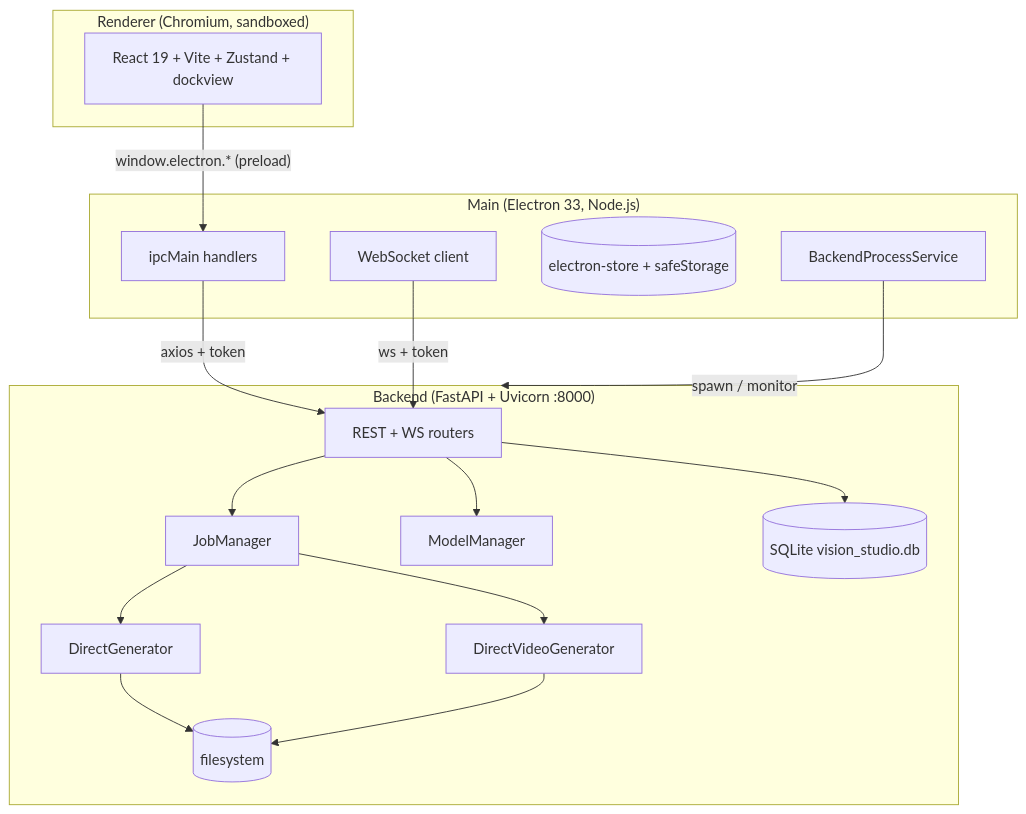
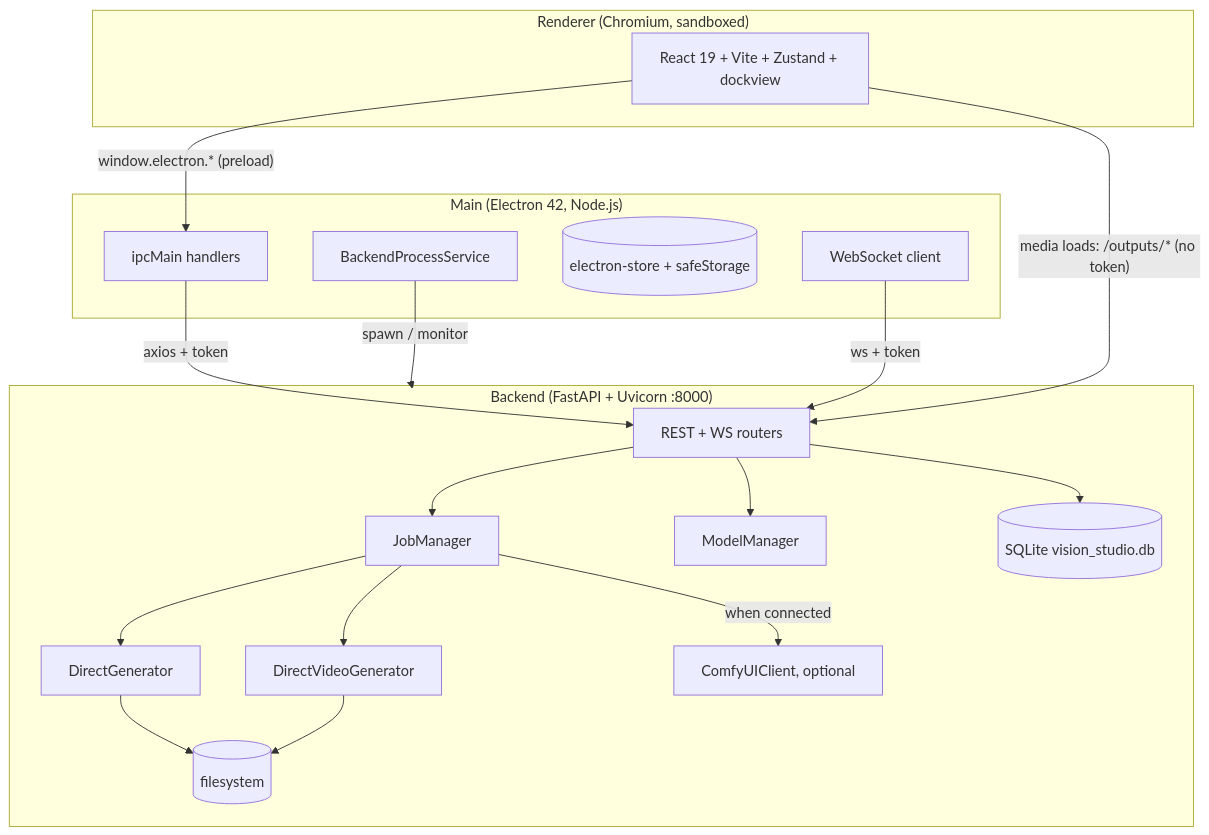
One commit to Git-Rocky-Stack/vision-studio changed the first of 11 diagrams in docs/diagrams/diagrams.md. Above: the diagram before and after it, drawn with Mermaid. The commit also changed other lines of this file and 9 other files, not shown here.

````diff
--- a/docs/diagrams/diagrams.md
+++ b/docs/diagrams/diagrams.md
@@ -12,32 +12,35 @@
 ```mermaid
 graph TB
     subgraph Renderer["Renderer (Chromium, sandboxed)"]
         UI[React 19 + Vite + Zustand + dockview]
     end
-    subgraph Main["Main (Electron 33, Node.js)"]
+    subgraph Main["Main (Electron 42, Node.js)"]
         IPC[ipcMain handlers]
         Spawn[BackendProcessService]
         Store[(electron-store + safeStorage)]
         WS[WebSocket client]
     end
     subgraph Backend["Backend (FastAPI + Uvicorn :8000)"]
         REST[REST + WS routers]
         Jobs[JobManager]
         Models[ModelManager]
         DG[DirectGenerator]
         DVG[DirectVideoGenerator]
+        CC[ComfyUIClient, optional]
         DB[(SQLite vision_studio.db)]
         FS[(filesystem)]
     end
     UI -- "window.electron.* (preload)" --> IPC
     IPC -- "axios + token" --> REST
     WS -- "ws + token" --> REST
     Spawn -- "spawn / monitor" --> Backend
     REST --> Jobs
     REST --> Models
     Jobs --> DG
     Jobs --> DVG
+    Jobs -- "when connected" --> CC
+    UI -- "media loads: /outputs/* (no token)" --> REST
     REST --> DB
     DG --> FS
     DVG --> FS
 ```
````
